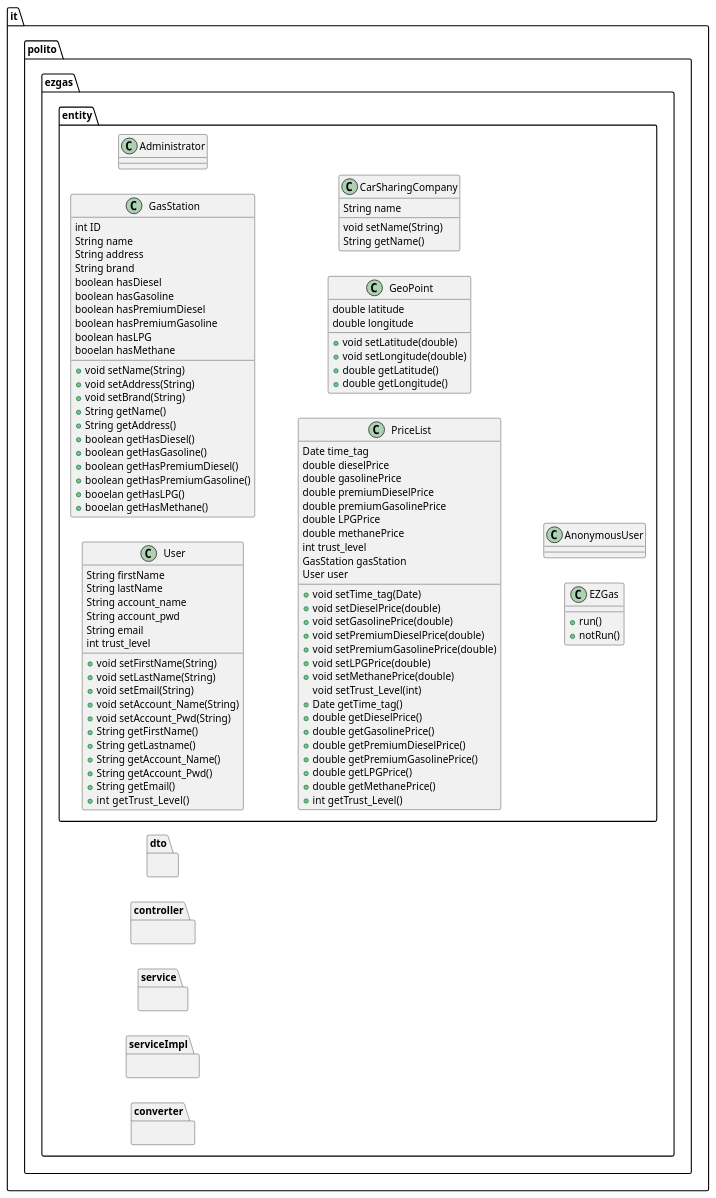
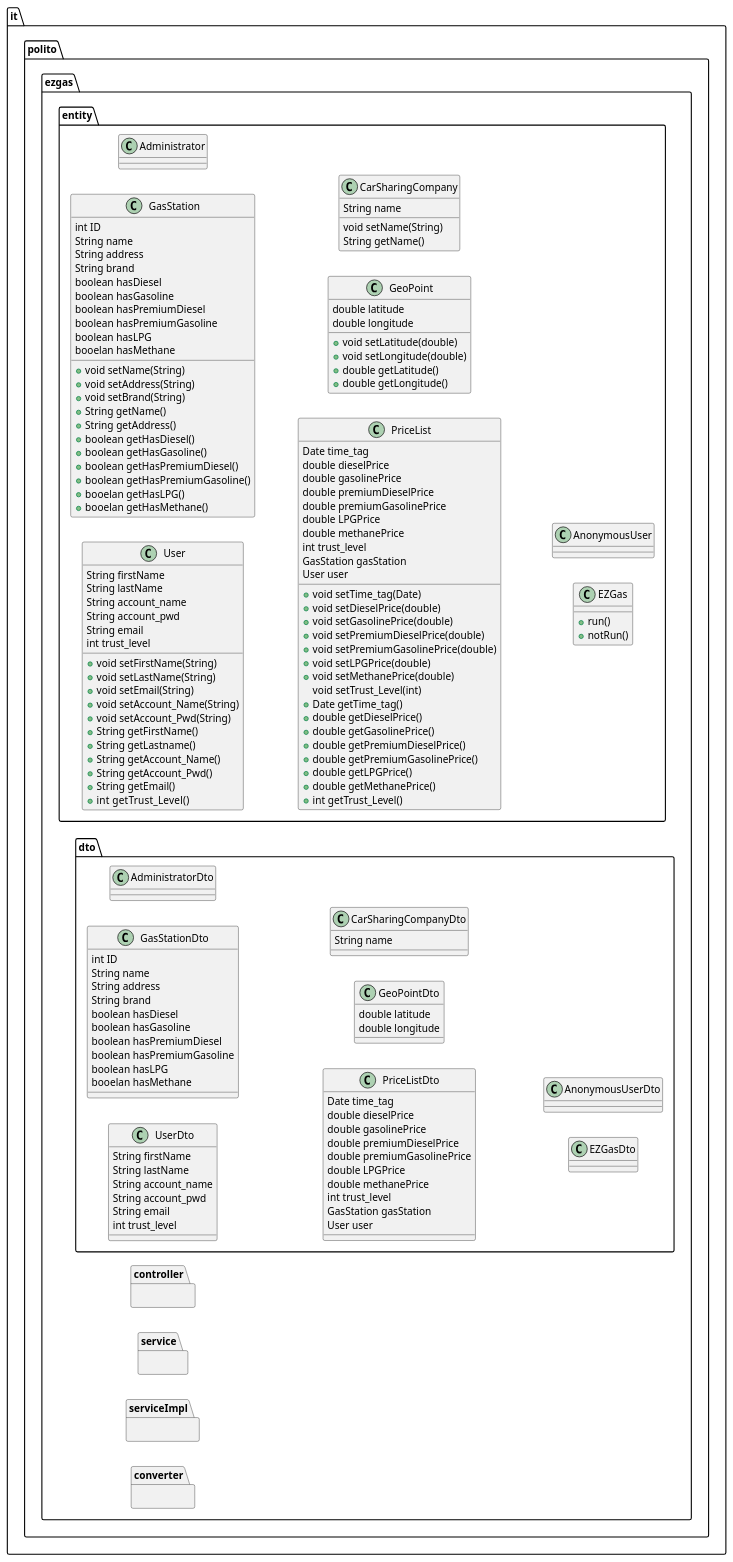
One commit to LucaOddoneSE/EZGas changed the fourth of 4 diagrams in docs/DesignDocument.md. Above: the diagram before and after it, drawn with PlantUML.

Commit message:
docs:adding DTOs classes

```diff
--- a/docs/DesignDocument.md
+++ b/docs/DesignDocument.md
@@ -330,6 +330,51 @@
 }
 
 package "it.polito.ezgas.dto" {
+   class UserDto {
+    String firstName
+    String lastName
+    String account_name
+    String account_pwd
+    String email
+    int trust_level
+  }
+  class GasStationDto {
+    int ID
+    String name
+    String address
+    String brand
+    boolean hasDiesel
+    boolean hasGasoline
+    boolean hasPremiumDiesel
+    boolean hasPremiumGasoline
+    boolean hasLPG
+    booelan hasMethane
+  }
+  class AdministratorDto {
+  }
+  class PriceListDto {
+    Date time_tag
+    double dieselPrice
+    double gasolinePrice
+    double premiumDieselPrice
+    double premiumGasolinePrice
+    double LPGPrice
+    double methanePrice
+    int trust_level
+    GasStation gasStation
+    User user
+  }
+  class GeoPointDto {
+    double latitude
+    double longitude
+  }
+  class CarSharingCompanyDto {
+    String name
+  }
+  class EZGasDto {
+  }
+  class AnonymousUserDto {
+  }
 }
 
 package "it.polito.ezgas.controller" {
```
